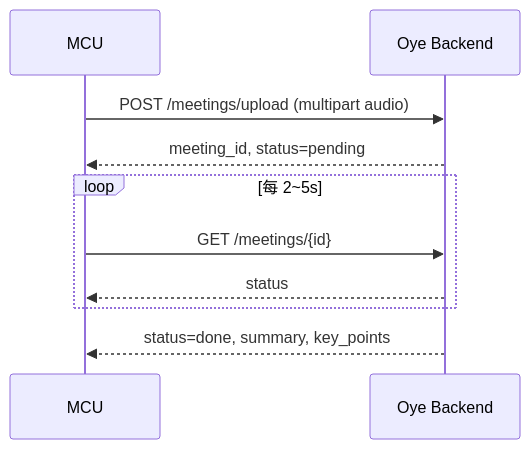
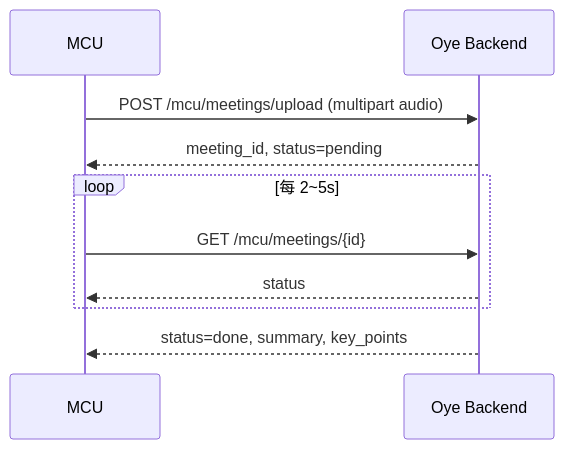
Before and after one commit to RyanYuang/MiaoBan: the second of 3 diagrams in docs/oye-mcu-http-api_zh.md, drawn with Mermaid. The commit also changed other lines of this file and 17 other files, not shown here.

````diff
--- a/docs/oye-mcu-http-api_zh.md
+++ b/docs/oye-mcu-http-api_zh.md
@@ -465,13 +594,13 @@
 ```mermaid
 sequenceDiagram
     participant MCU
     participant Cloud as Oye Backend
 
-    MCU->>Cloud: POST /meetings/upload (multipart audio)
+    MCU->>Cloud: POST /mcu/meetings/upload (multipart audio)
     Cloud-->>MCU: meeting_id, status=pending
     loop 每 2~5s
-        MCU->>Cloud: GET /meetings/{id}
+        MCU->>Cloud: GET /mcu/meetings/{id}
         Cloud-->>MCU: status
     end
     Cloud-->>MCU: status=done, summary, key_points
 ```
````
